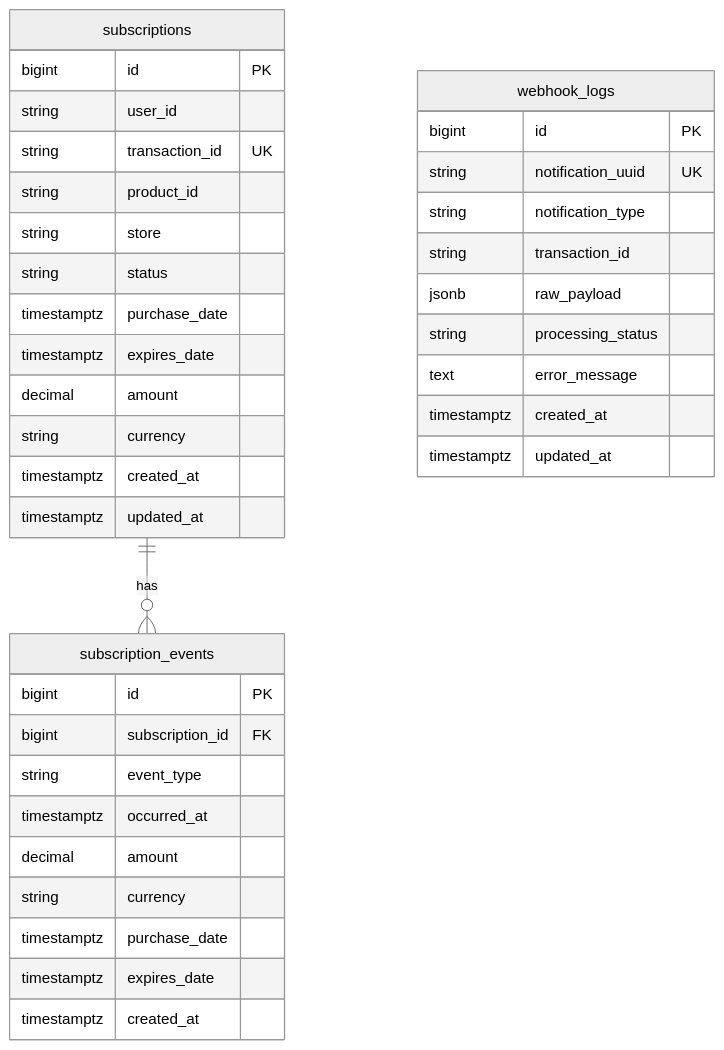
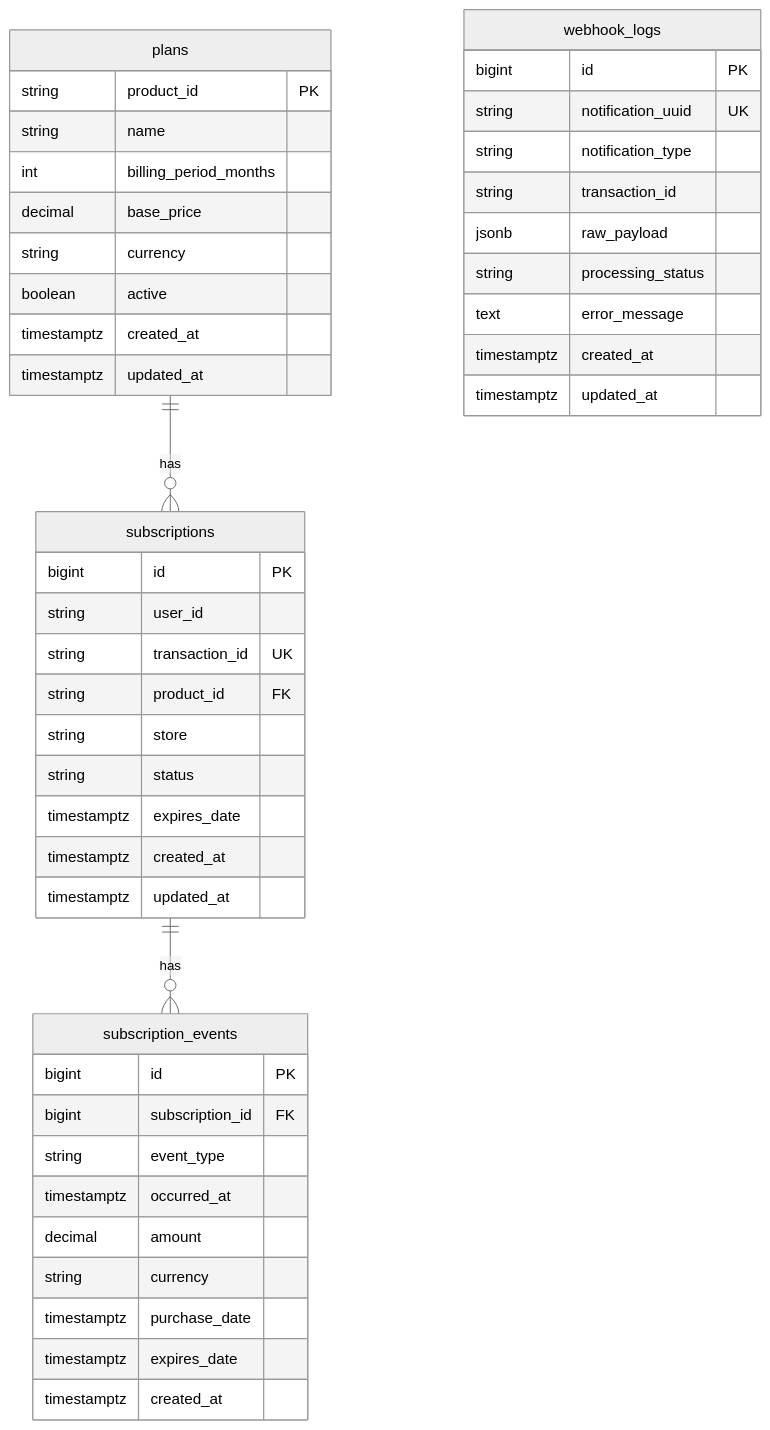
The first of 5 diagrams in docs/design.md (s-kawabe/ruby-test-samansa), drawn with Mermaid (neutral theme) before and after one commit. The commit also changed other lines of this file, not shown here.

````diff
--- a/docs/design.md
+++ b/docs/design.md
@@ -9,43 +9,52 @@
 ```mermaid
 erDiagram
+  plans ||--o{ subscriptions : has
   subscriptions ||--o{ subscription_events : has
+
+  plans {
+    string product_id PK
+    string name
+    int billing_period_months
+    decimal base_price
+    string currency
+    boolean active
+    timestamptz created_at
+    timestamptz updated_at
+  }
 
   subscriptions {
     bigint id PK
     string user_id
     string transaction_id UK
-    string product_id
+    string product_id FK
     string store
     string status
-    timestamptz purchase_date
     timestamptz expires_date
-    decimal amount
-    string currency
     timestamptz created_at
     timestamptz updated_at
   }
 
   subscription_events {
     bigint id PK
     bigint subscription_id FK
     string event_type
     timestamptz occurred_at
     decimal amount
     string currency
     timestamptz purchase_date
     timestamptz expires_date
     timestamptz created_at
   }
 
   webhook_logs {
     bigint id PK
     string notification_uuid UK
     string notification_type
     string transaction_id
     jsonb raw_payload
     string processing_status
     text error_message
     timestamptz created_at
     timestamptz updated_at
   }
 ```
````
